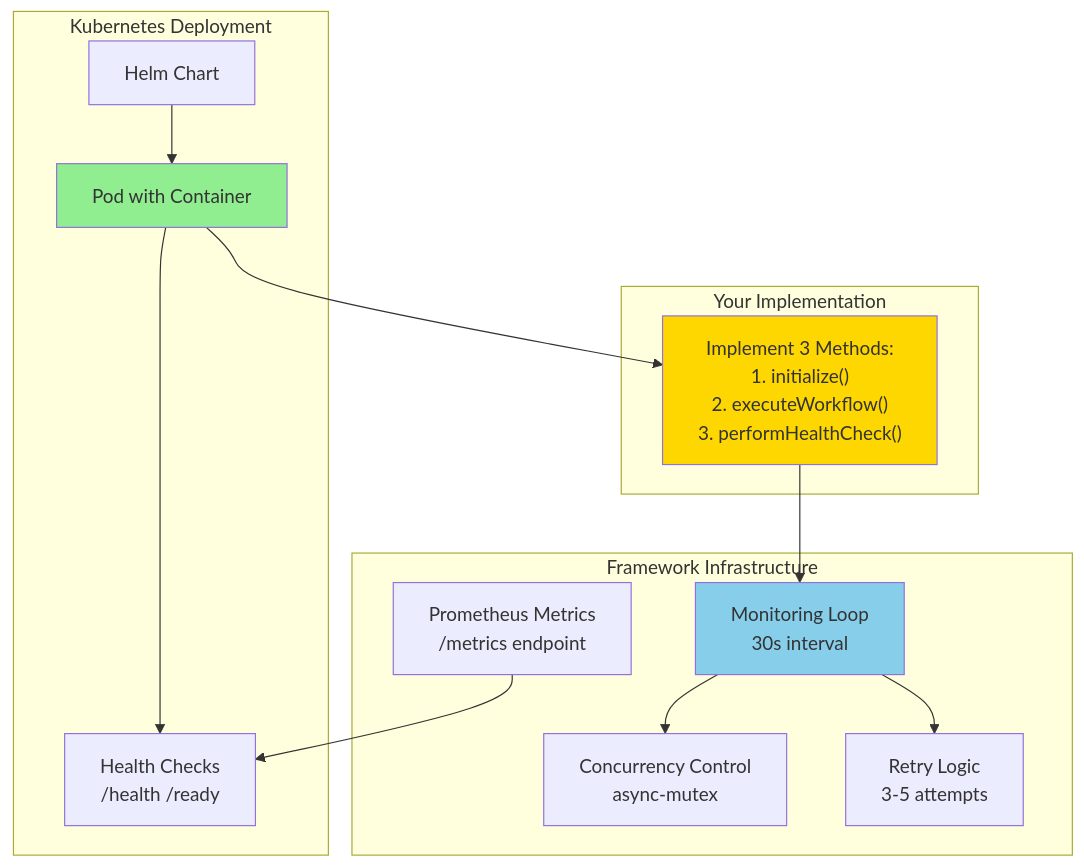
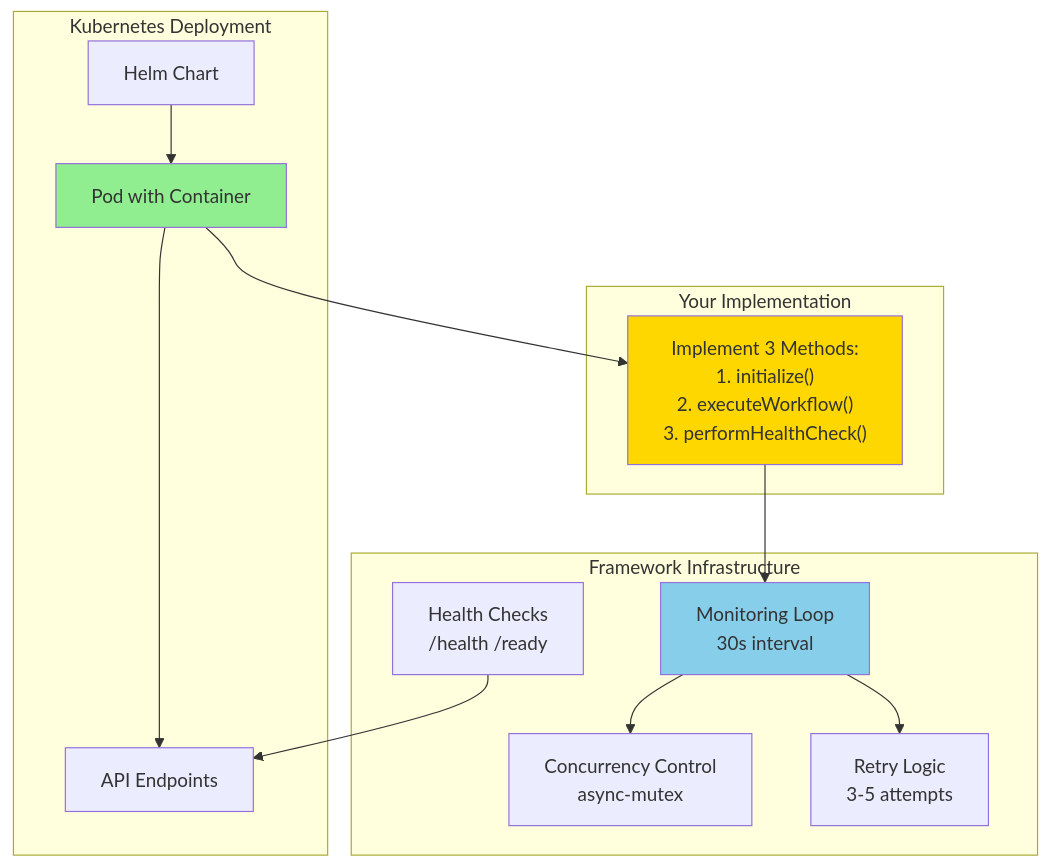
The first of 2 diagrams in README.md (NeoHBz/LPU_INT331_CA2), drawn with Mermaid before and after one commit. The commit also changed other lines of this file and 3 other files, not shown here.

````diff
--- a/README.md
+++ b/README.md
@@ -9,32 +9,32 @@
 ```mermaid
 graph TB
     subgraph "Your Implementation"
         Code["Implement 3 Methods:<br/>1. initialize()<br/>2. executeWorkflow()<br/>3. performHealthCheck()"]
     end
     
     subgraph "Framework Infrastructure"
         Monitor[Monitoring Loop<br/>30s interval]
         Mutex[Concurrency Control<br/>async-mutex]
         Retry[Retry Logic<br/>3-5 attempts]
-        Metrics[Prometheus Metrics<br/>/metrics endpoint]
+        Health[Health Checks<br/>/health /ready]
     end
     
     subgraph "Kubernetes Deployment"
         Helm[Helm Chart]
         Pod[Pod with Container]
-        Health[Health Checks<br/>/health /ready]
+        Endpoints[API Endpoints]
     end
     
     Code --> Monitor
     Monitor --> Mutex
     Monitor --> Retry
-    Metrics --> Health
+    Health --> Endpoints
     
     Helm --> Pod
     Pod --> Code
-    Pod --> Health
+    Pod --> Endpoints
     
     style Code fill:#FFD700
     style Monitor fill:#87CEEB
     style Pod fill:#90EE90
 ```
````
